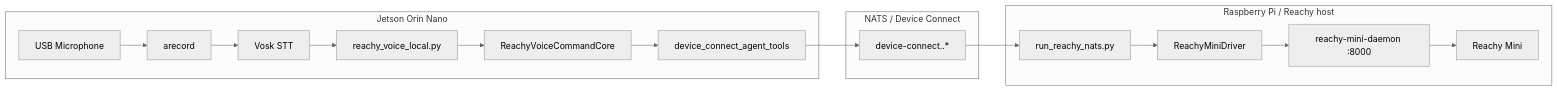
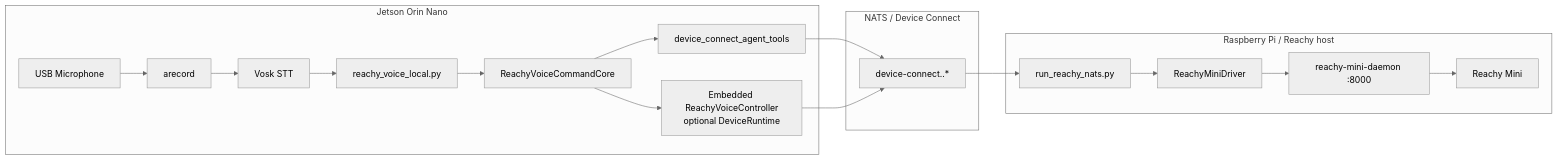
Before and after one commit to atsyplikhin/robots: the diagram in strands_robots/device_connect/reachy-voice-demo.md, drawn with Mermaid (neutral theme). The commit also changed other lines of this file and 1 other file, not shown here.

First line of the commit message:
Make the local Reachy voice runner discoverable

````diff
--- a/strands_robots/device_connect/reachy-voice-demo.md
+++ b/strands_robots/device_connect/reachy-voice-demo.md
@@ -39,26 +50,30 @@
 ```mermaid
 graph LR
     subgraph Jetson["Jetson Orin Nano"]
         MIC["USB Microphone"]
         ARECORD["arecord"]
         VOSK["Vosk STT"]
         LOCAL["reachy_voice_local.py"]
         CORE["ReachyVoiceCommandCore"]
+        EMBED["Embedded ReachyVoiceController<br/>optional DeviceRuntime"]
         AGENT["device_connect_agent_tools"]
-        MIC --> ARECORD --> VOSK --> LOCAL --> CORE --> AGENT
+        MIC --> ARECORD --> VOSK --> LOCAL --> CORE
+        CORE --> AGENT
+        CORE --> EMBED
     end
 
     subgraph Broker["NATS / Device Connect"]
         NATS["device-connect.<tenant>.*"]
     end
 
     subgraph Pi["Raspberry Pi / Reachy host"]
         SIDECAR["run_reachy_nats.py"]
         DRIVER["ReachyMiniDriver"]
         DAEMON["reachy-mini-daemon :8000"]
         REACHY["Reachy Mini"]
         SIDECAR --> DRIVER --> DAEMON --> REACHY
     end
 
     AGENT --> NATS --> SIDECAR
+    EMBED --> NATS
 ```
````
